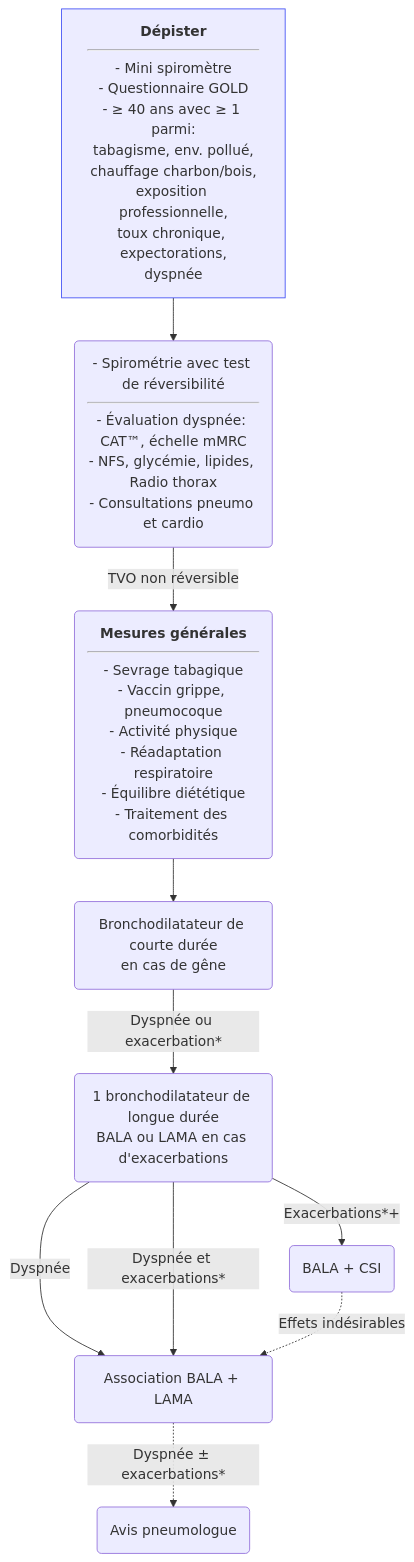
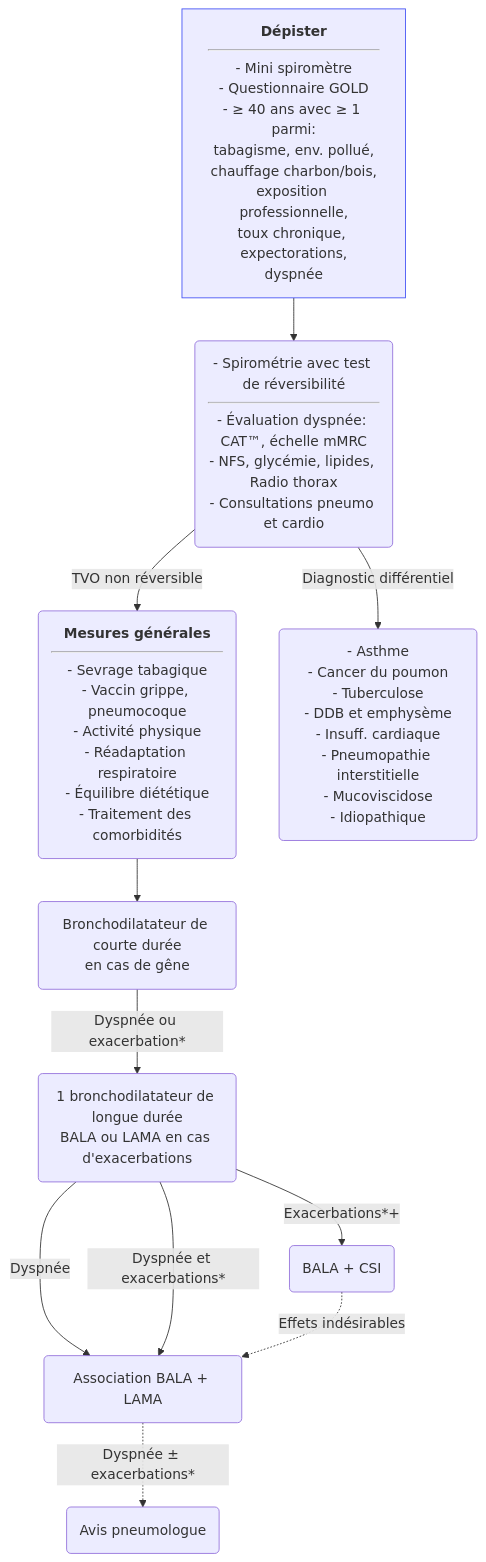
The diagram in content/recommandations/bronchopneumopathie-chronique-obstructive.md (djibe/recommandations-medicales), drawn with Mermaid before and after one commit. The commit also changed other lines of this file and 15 other files, not shown here.

```diff
--- a/content/recommandations/bronchopneumopathie-chronique-obstructive.md
+++ b/content/recommandations/bronchopneumopathie-chronique-obstructive.md
@@ -517,14 +517,15 @@
 {{< mermaid title="Conduite à tenir pour le dépistage et le traitement de la BPCO. Dr JB Fron d'après SPLF, ERS et GOLD 2021" >}}
 graph TB
   depister["<strong>Dépister</strong><hr>- Mini spiromètre<br>- Questionnaire GOLD<br>- &ge; 40 ans avec &ge; 1 parmi:<br>tabagisme, env. pollué,<br>chauffage charbon/bois,<br>exposition professionnelle,<br>toux chronique, expectorations,<br>dyspnée"]
   style depister stroke:#4150f5, stroke-width:1px
     depister --> spirometrie("- Spirométrie avec test de réversibilité<hr>- Évaluation dyspnée: CAT&trade;, échelle mMRC<br>- NFS, glycémie, lipides, Radio thorax<br>- Consultations pneumo et cardio")
       spirometrie -- TVO non réversible --> rhd("<strong>Mesures générales</strong><hr>- Sevrage tabagique<br>- Vaccin grippe, pneumocoque<br>- Activité physique<br>- Réadaptation respiratoire<br>- Équilibre diététique<br>- Traitement des comorbidités")
         rhd --> bdca("Bronchodilatateur de courte durée<br>en cas de gêne")
           bdca -- "Dyspnée ou exacerbation*" --> bdla("1 bronchodilatateur de longue durée<br>BALA ou LAMA en cas d'exacerbations")
             bdla -- Dyspnée --> bitherapie(Association BALA + LAMA)
               bitherapie -. "Dyspnée &plusmn; exacerbations*" .-> avis(Avis pneumologue)
             bdla -- "Dyspnée et exacerbations*" --> bitherapie
             bdla -- Exacerbations*+ --> csi(BALA + CSI)
               csi -. Effets indésirables .-> bitherapie
+      spirometrie -- Diagnostic différentiel --> differentiel("- Asthme<br>- Cancer du poumon<br>- Tuberculose<br>- DDB et emphysème<br>- Insuff. cardiaque<br>- Pneumopathie interstitielle<br>- Mucoviscidose<br>- Idiopathique")
 {{< /mermaid >}}
```
